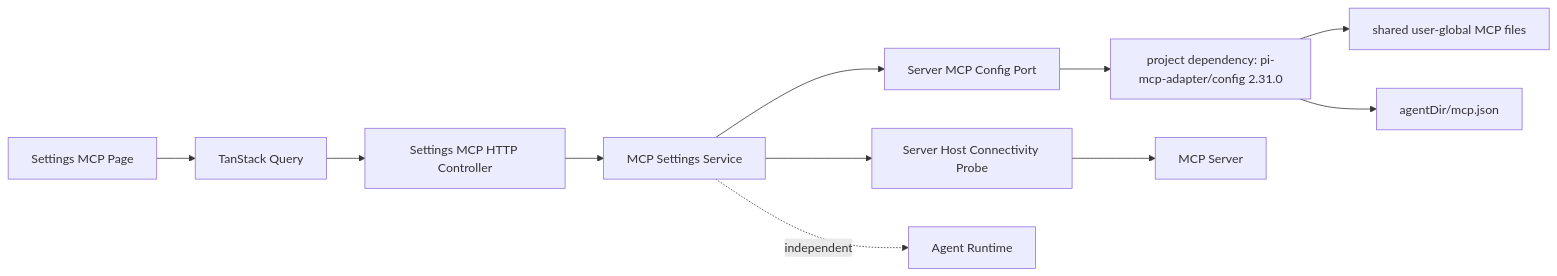
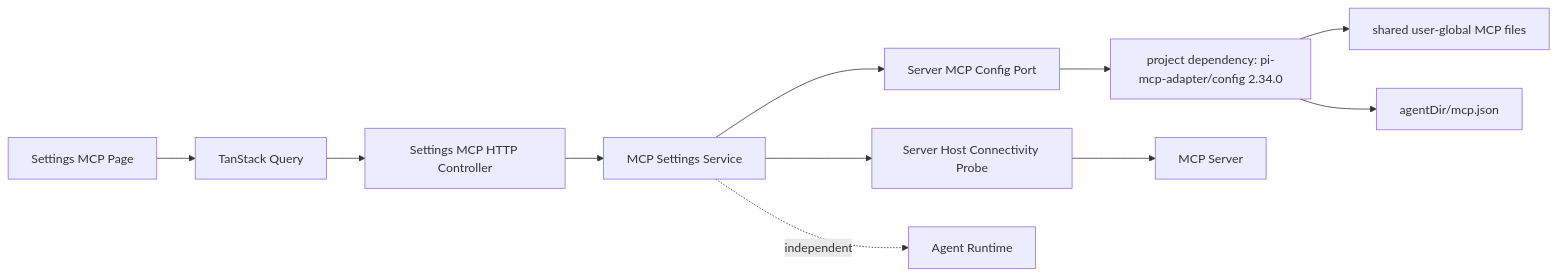
Before and after one commit to nebulaedata/dr-octopus: the diagram in docs/architecture/settings-mcp-servers.md, drawn with Mermaid. The commit also changed other lines of this file and 147 other files, not shown here.

````diff
--- a/docs/architecture/settings-mcp-servers.md
+++ b/docs/architecture/settings-mcp-servers.md
@@ -43,13 +43,13 @@
 ```mermaid
 flowchart LR
     Web[Settings MCP Page] --> Query[TanStack Query]
     Query --> HTTP[Settings MCP HTTP Controller]
     HTTP --> Service[MCP Settings Service]
     Service --> Port[Server MCP Config Port]
-    Port --> Adapter[project dependency: pi-mcp-adapter/config 2.31.0]
+    Port --> Adapter[project dependency: pi-mcp-adapter/config 2.34.0]
     Adapter --> Global[shared user-global MCP files]
     Adapter --> PiGlobal[agentDir/mcp.json]
     Service --> Probe[Server Host Connectivity Probe]
     Probe --> MCP[MCP Server]
     Service -. independent .-> Runtime[Agent Runtime]
 ```
````
